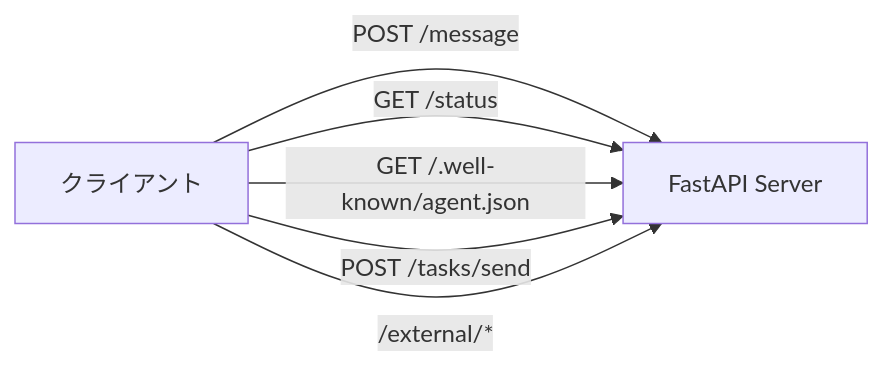
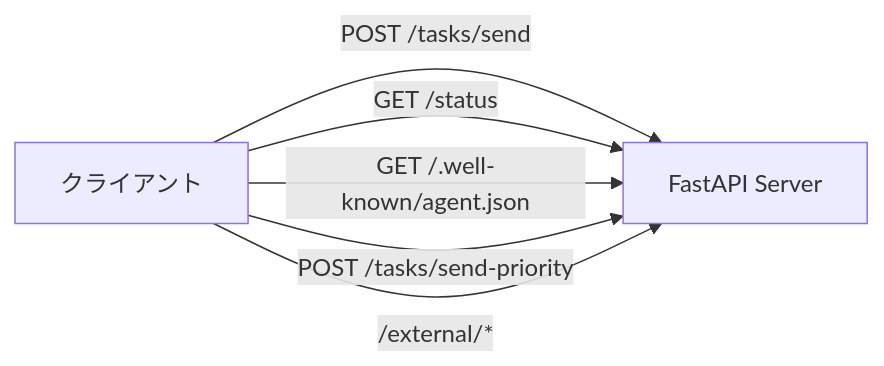
One commit to s-hiraoku/synapse-a2a changed the second of 3 diagrams in guides/references.md. Above: the diagram before and after it, drawn with Mermaid. The commit also changed other lines of this file and 6 other files, not shown here.

````diff
--- a/guides/references.md
+++ b/guides/references.md
@@ -311,11 +311,11 @@
 ```mermaid
 flowchart LR
     Client["クライアント"]
     Server["FastAPI Server"]
 
-    Client -->|"POST /message"| Server
+    Client -->|"POST /tasks/send"| Server
     Client -->|"GET /status"| Server
     Client -->|"GET /.well-known/agent.json"| Server
-    Client -->|"POST /tasks/send"| Server
+    Client -->|"POST /tasks/send-priority"| Server
     Client -->|"/external/*"| Server
 ```
````
